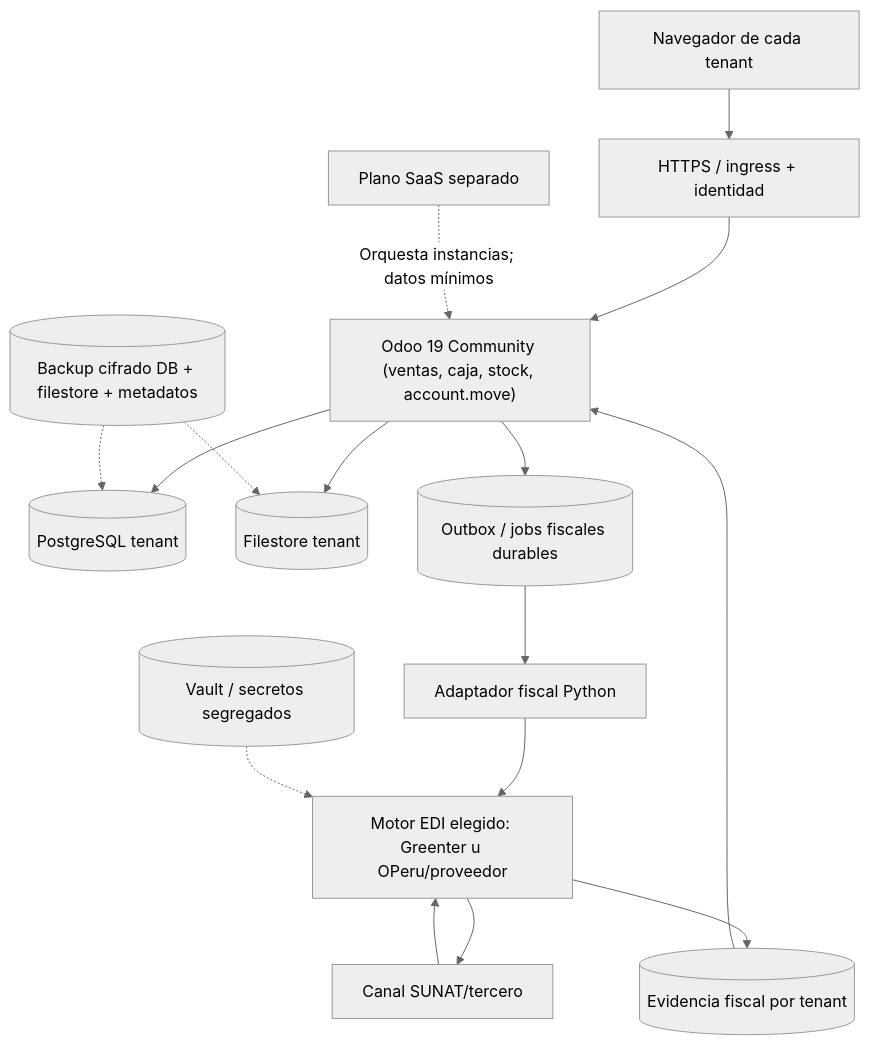
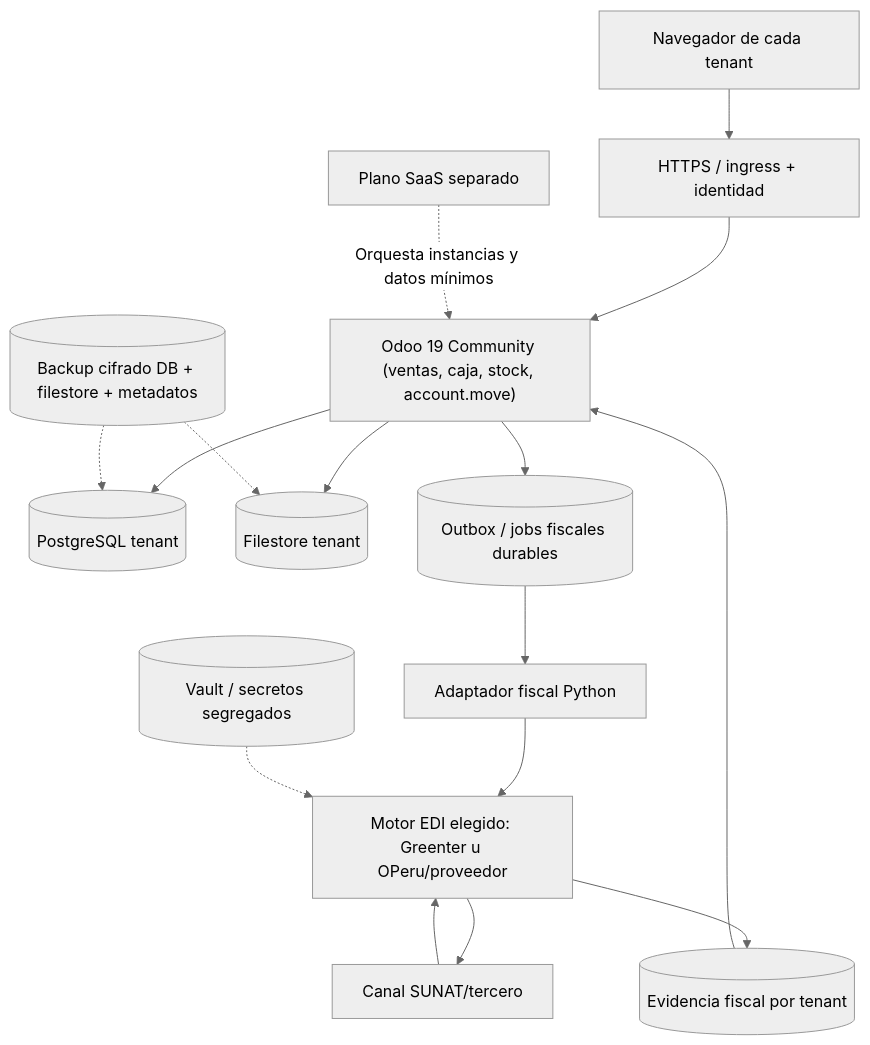
The second of 2 diagrams in commercial/invy-peru-copy/MK1/arch/01-system-architecture.md (Em3rc0d/odoo-engineering), drawn with Mermaid (neutral theme) before and after one commit. The commit also changed 3 other files, not shown here.

```diff
--- a/commercial/invy-peru-copy/MK1/arch/01-system-architecture.md
+++ b/commercial/invy-peru-copy/MK1/arch/01-system-architecture.md
@@ -23,18 +23,18 @@
 ~~~mermaid
 flowchart TB
     U["Navegador de cada tenant"] --> EDGE["HTTPS / ingress + identidad"]
     EDGE --> ODOO["Odoo 19 Community (ventas, caja, stock, account.move)"]
     ODOO --> DB[("PostgreSQL tenant")]
     ODOO --> STORE[("Filestore tenant")]
     ODOO --> OUT[("Outbox / jobs fiscales durables")]
     OUT --> EDI["Adaptador fiscal Python"]
     EDI --> GTE["Motor EDI elegido: Greenter u OPeru/proveedor"]
     GTE --> API["Canal SUNAT/tercero"]
     API --> GTE
     GTE --> EVID[("Evidencia fiscal por tenant")]
     EVID --> ODOO
-    OPS["Plano SaaS separado"] -. "Orquesta instancias; datos mínimos" .-> ODOO
+    OPS["Plano SaaS separado"] -.->|Orquesta instancias y datos mínimos| ODOO
     SEC[("Vault / secretos segregados")] -.-> GTE
     BAK[("Backup cifrado DB + filestore + metadatos")] -.-> DB
     BAK -.-> STORE
 ~~~
```
